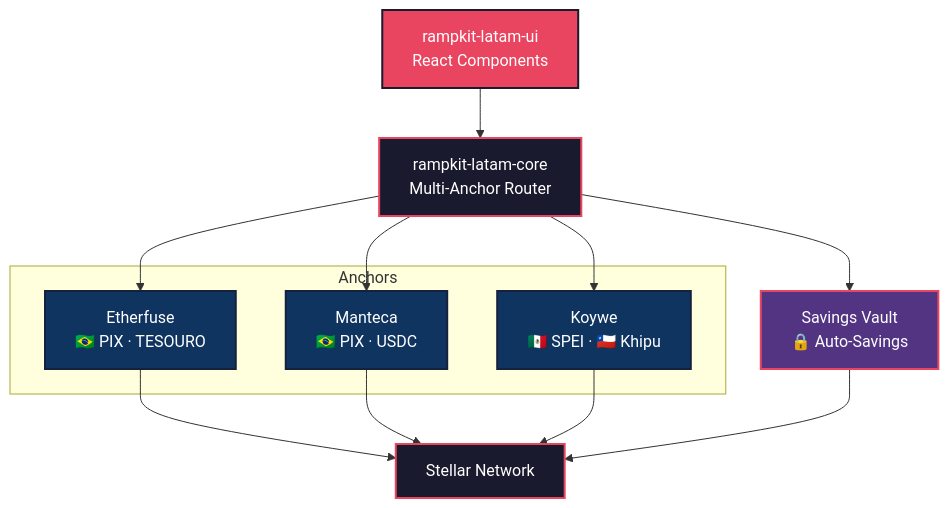
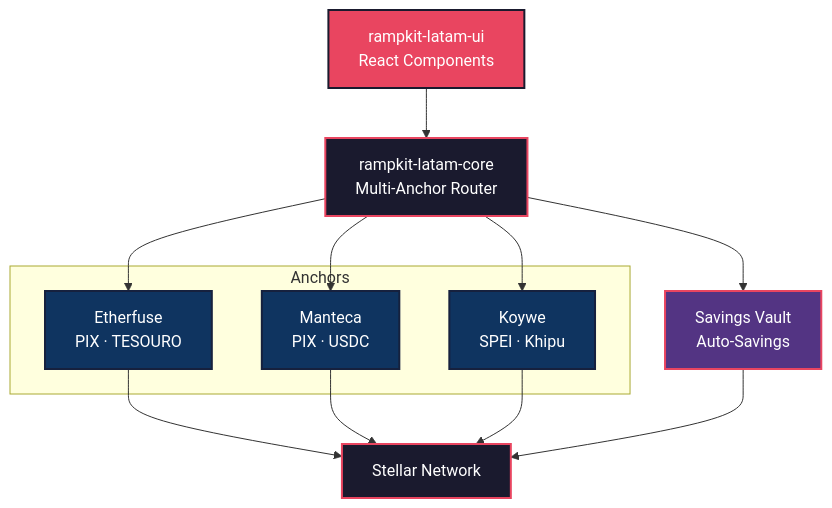
The diagram in README.md (WritzProtocol/rampkit-latam), drawn with Mermaid before and after one commit. The commit also changed other lines of this file and 8 other files, not shown here.

````diff
--- a/README.md
+++ b/README.md
@@ -95,29 +95,29 @@
 ```mermaid
 graph TD
     classDef sdk fill:#1a1a2e,stroke:#e94560,stroke-width:2px,color:#fff
     classDef anchor fill:#0f3460,stroke:#16213e,stroke-width:2px,color:#fff
     classDef contract fill:#533483,stroke:#e94560,stroke-width:2px,color:#fff
     classDef ui fill:#e94560,stroke:#1a1a2e,stroke-width:2px,color:#fff
 
     UI["rampkit-latam-ui<br>React Components"]:::ui
     SDK["rampkit-latam-core<br>Multi-Anchor Router"]:::sdk
     
     subgraph Anchors
-        EF["Etherfuse<br>🇧🇷 PIX · TESOURO"]:::anchor
-        MA["Manteca<br>🇧🇷 PIX · USDC"]:::anchor
-        KO["Koywe<br>🇲🇽 SPEI · 🇨🇱 Khipu"]:::anchor
+        EF["Etherfuse<br>PIX · TESOURO"]:::anchor
+        MA["Manteca<br>PIX · USDC"]:::anchor
+        KO["Koywe<br>SPEI · Khipu"]:::anchor
     end
 
-    SC["Savings Vault<br>🔒 Auto-Savings"]:::contract
+    SC["Savings Vault<br>Auto-Savings"]:::contract
     SN["Stellar Network"]:::sdk
 
     UI --> SDK
     SDK --> EF
     SDK --> MA
     SDK --> KO
     SDK --> SC
     EF --> SN
     MA --> SN
     KO --> SN
     SC --> SN
 ```
````
